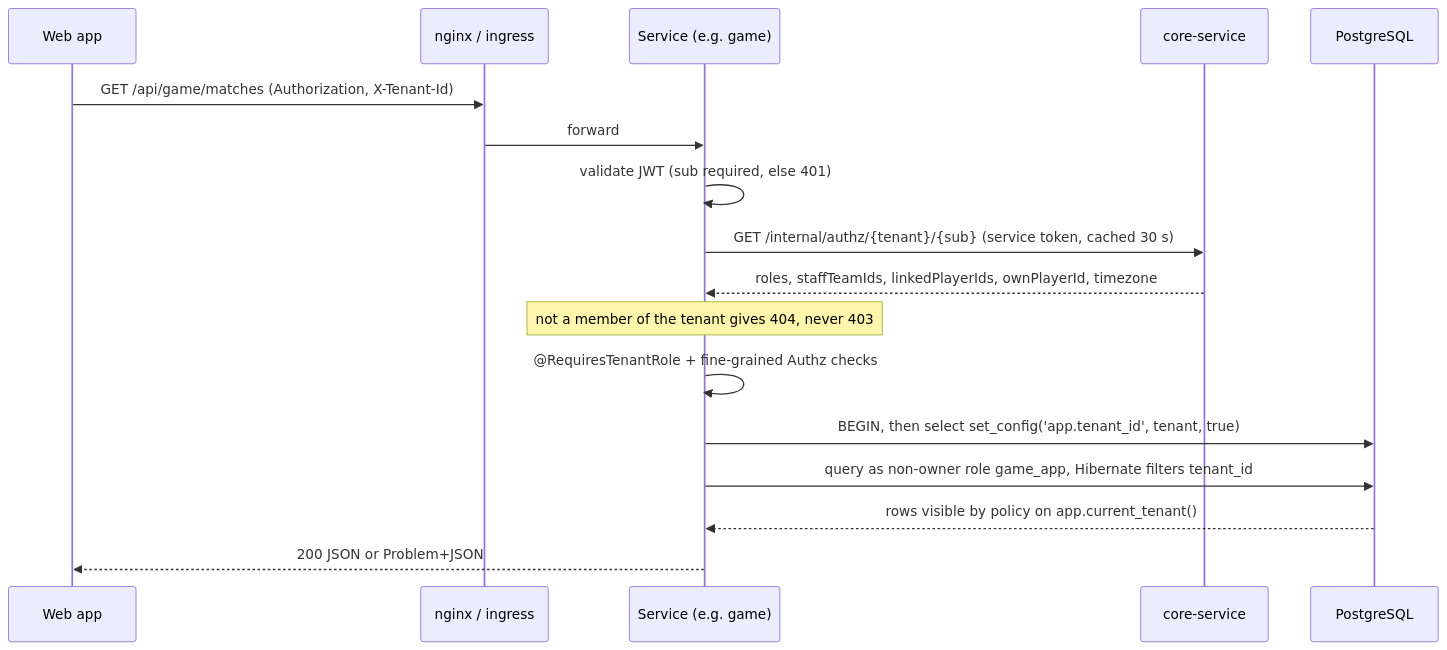
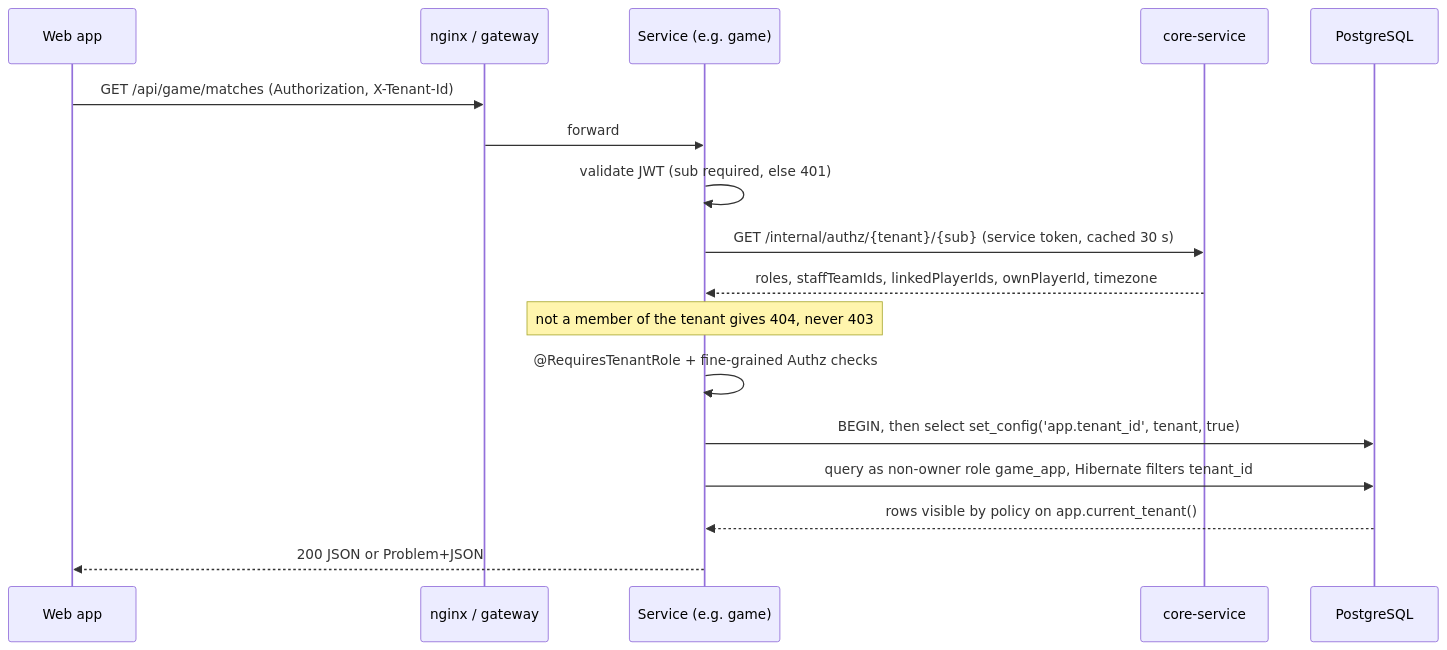
Before and after one commit to davidbejar/hoops-academy: the third of 5 diagrams in docs/architecture.md, drawn with Mermaid. The commit also changed other lines of this file and 6 other files, not shown here.

````diff
--- a/docs/architecture.md
+++ b/docs/architecture.md
@@ -58,19 +58,19 @@
 ```mermaid
 sequenceDiagram
   participant W as Web app
-  participant X as nginx / ingress
+  participant X as nginx / gateway
   participant S as Service (e.g. game)
   participant C as core-service
   participant D as PostgreSQL
   W->>X: GET /api/game/matches (Authorization, X-Tenant-Id)
   X->>S: forward
   S->>S: validate JWT (sub required, else 401)
   S->>C: GET /internal/authz/{tenant}/{sub} (service token, cached 30 s)
   C-->>S: roles, staffTeamIds, linkedPlayerIds, ownPlayerId, timezone
   Note over S: not a member of the tenant gives 404, never 403
   S->>S: @RequiresTenantRole + fine-grained Authz checks
   S->>D: BEGIN, then select set_config('app.tenant_id', tenant, true)
   S->>D: query as non-owner role game_app, Hibernate filters tenant_id
   D-->>S: rows visible by policy on app.current_tenant()
   S-->>W: 200 JSON or Problem+JSON
 ```
````
